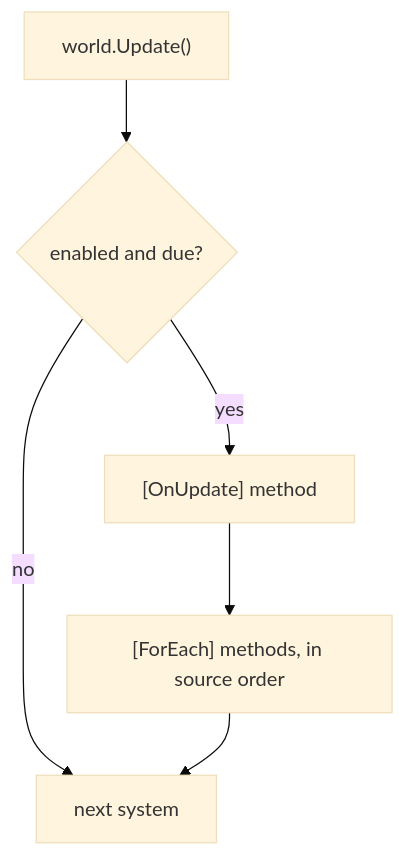
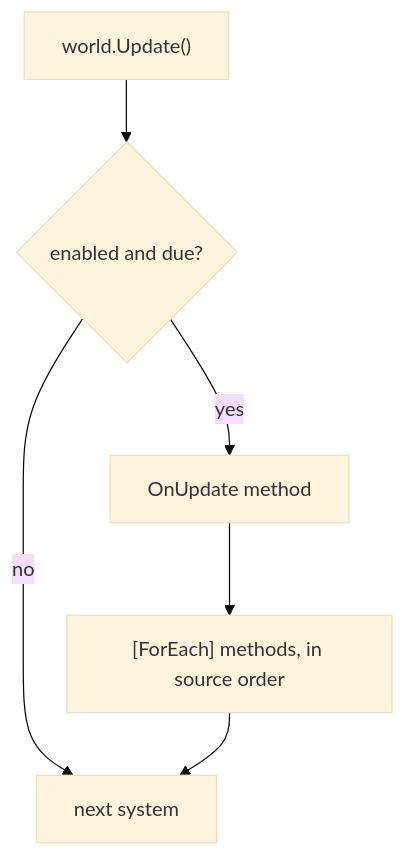
Before and after one commit to JasonXuDeveloper/EasyEcs: the diagram in docs/content/guide/systems.mdx, drawn with Mermaid (base theme). The commit also changed other lines of this file and 75 other files, not shown here.

````diff
--- a/docs/content/guide/systems.mdx
+++ b/docs/content/guide/systems.mdx
@@ -146,8 +143,8 @@
 ```mermaid
 flowchart TB
     U["world.Update()"] --> S{"enabled and due?"}
     S -- no --> N["next system"]
-    S -- yes --> O["[OnUpdate] method"]
+    S -- yes --> O["OnUpdate method"]
     O --> F["[ForEach] methods, in source order"]
     F --> N
 ```
````
